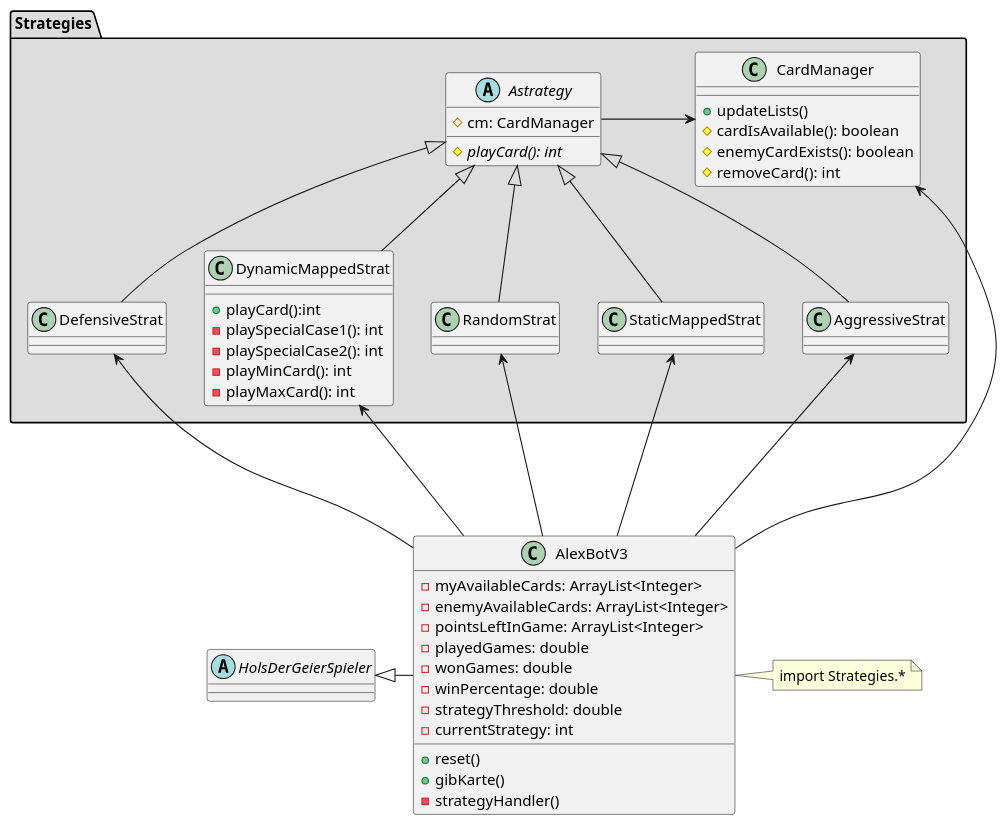
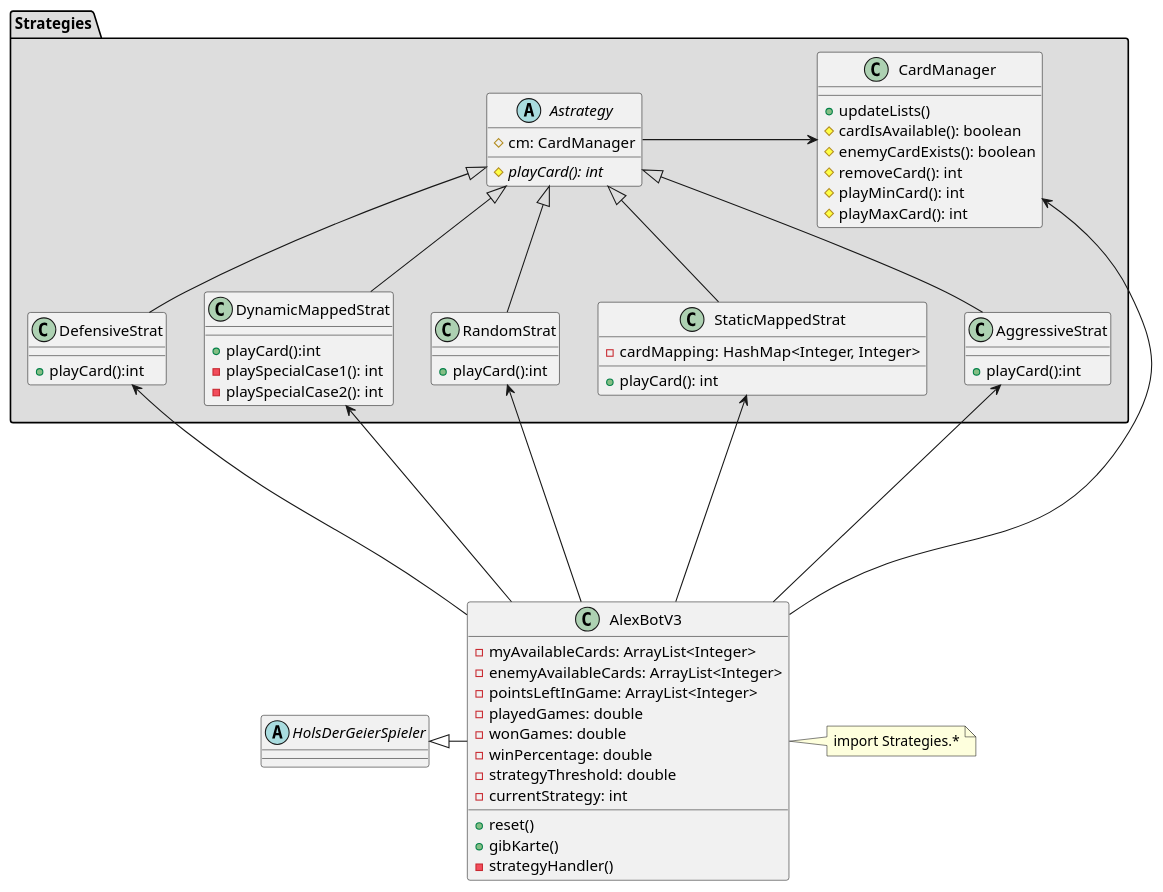
The diagram in out/production/Hols_der_Geier/AlexBotV3.puml (Galaktron234/Hols_der_Geier), drawn with PlantUML before and after one commit. The commit also changed 21 other files, not shown here.

```diff
--- a/out/production/Hols_der_Geier/AlexBotV3.puml
+++ b/out/production/Hols_der_Geier/AlexBotV3.puml
@@ -2,63 +2,71 @@
 @startuml
 'https://plantuml.com/class-diagram
 
 abstract class HolsDerGeierSpieler
 
 
 class AlexBotV3{
     - myAvailableCards: ArrayList<Integer>
     - enemyAvailableCards: ArrayList<Integer>
     - pointsLeftInGame: ArrayList<Integer>
     - playedGames: double
     - wonGames: double
     - winPercentage: double
     - strategyThreshold: double
     - currentStrategy: int
     + reset()
     + gibKarte()
     - strategyHandler()
 }
 class AlexBotV3
 note right: import Strategies.*
 
 package "Strategies" #DDDDDD{
     abstract class Astrategy{
          # cm: CardManager
          # {abstract} playCard(): int
     }
     class CardManager{
         + updateLists()
         # cardIsAvailable(): boolean
         # enemyCardExists(): boolean
         # removeCard(): int
+        # playMinCard(): int
+        # playMaxCard(): int
     }
 
-    class AggressiveStrat
-    class DefensiveStrat
+    class AggressiveStrat{
+        + playCard():int
+     }
+    class DefensiveStrat{
+        + playCard():int
+    }
     class DynamicMappedStrat{
         + playCard():int
         - playSpecialCase1(): int
         - playSpecialCase2(): int
-        - playMinCard(): int
-        - playMaxCard(): int
     }
-
-    class RandomStrat
-    class StaticMappedStrat
+    class RandomStrat{
+        + playCard():int
+    }
+    class StaticMappedStrat{
+        - cardMapping: HashMap<Integer, Integer>
+        + playCard(): int
+    }
 }
 
 HolsDerGeierSpieler <|- AlexBotV3
 CardManager<-Astrategy
-CardManager <- AlexBotV3
+CardManager <----- AlexBotV3
 Astrategy <|-- AggressiveStrat
 Astrategy <|-- DefensiveStrat
 Astrategy <|-- DynamicMappedStrat
 Astrategy <|-- StaticMappedStrat
 Astrategy <|-- RandomStrat
 AggressiveStrat <--- AlexBotV3
 DefensiveStrat <--- AlexBotV3
 DynamicMappedStrat <--- AlexBotV3
 StaticMappedStrat <--- AlexBotV3
 RandomStrat <--- AlexBotV3
 
 @enduml
```
